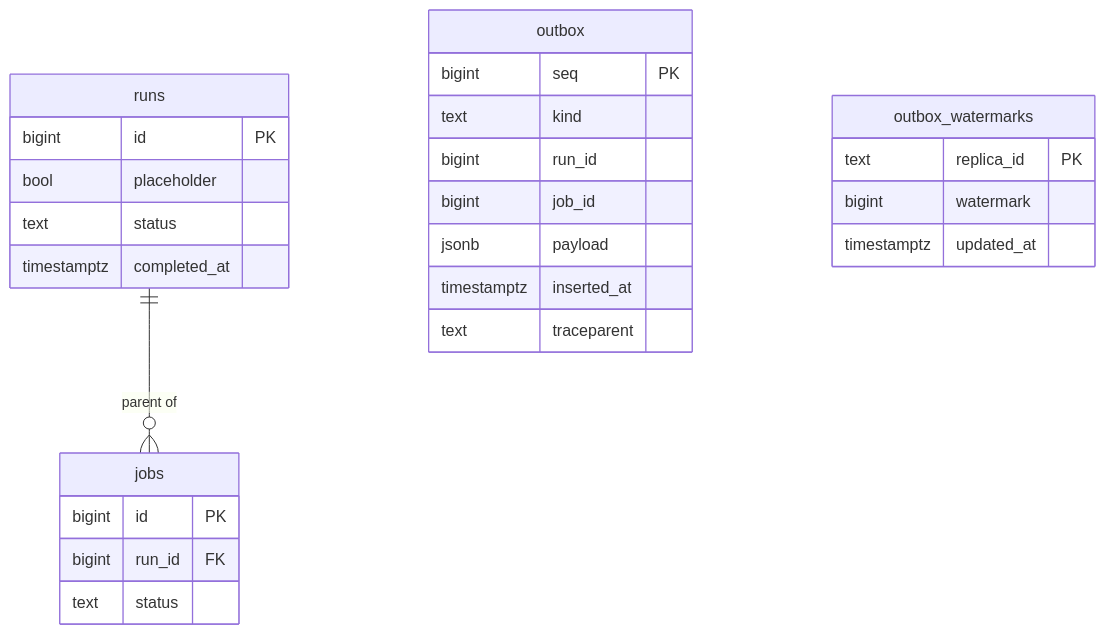
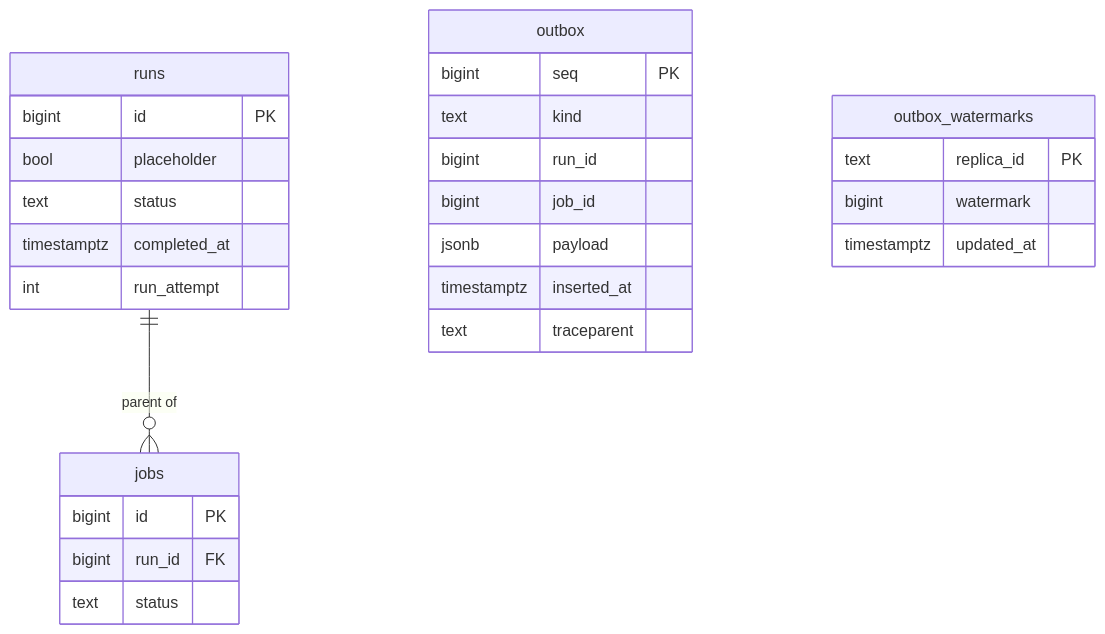
One commit to bojanrajkovic/atc changed the third of 5 diagrams in docs/architecture/backend-server.md. Above: the diagram before and after it, drawn with Mermaid. The commit also changed other lines of this file and 73 other files, not shown here.

````diff
--- a/docs/architecture/backend-server.md
+++ b/docs/architecture/backend-server.md
@@ -77,30 +88,31 @@
 ```mermaid
 erDiagram
     runs {
         bigint id PK
         bool placeholder
         text status
         timestamptz completed_at
+        int run_attempt
     }
     jobs {
         bigint id PK
         bigint run_id FK
         text status
     }
     outbox {
         bigint seq PK
         text kind
         bigint run_id
         bigint job_id
         jsonb payload
         timestamptz inserted_at
         text traceparent
     }
     outbox_watermarks {
         text replica_id PK
         bigint watermark
         timestamptz updated_at
     }
 
     runs ||--o{ jobs : "parent of"
 ```
````
